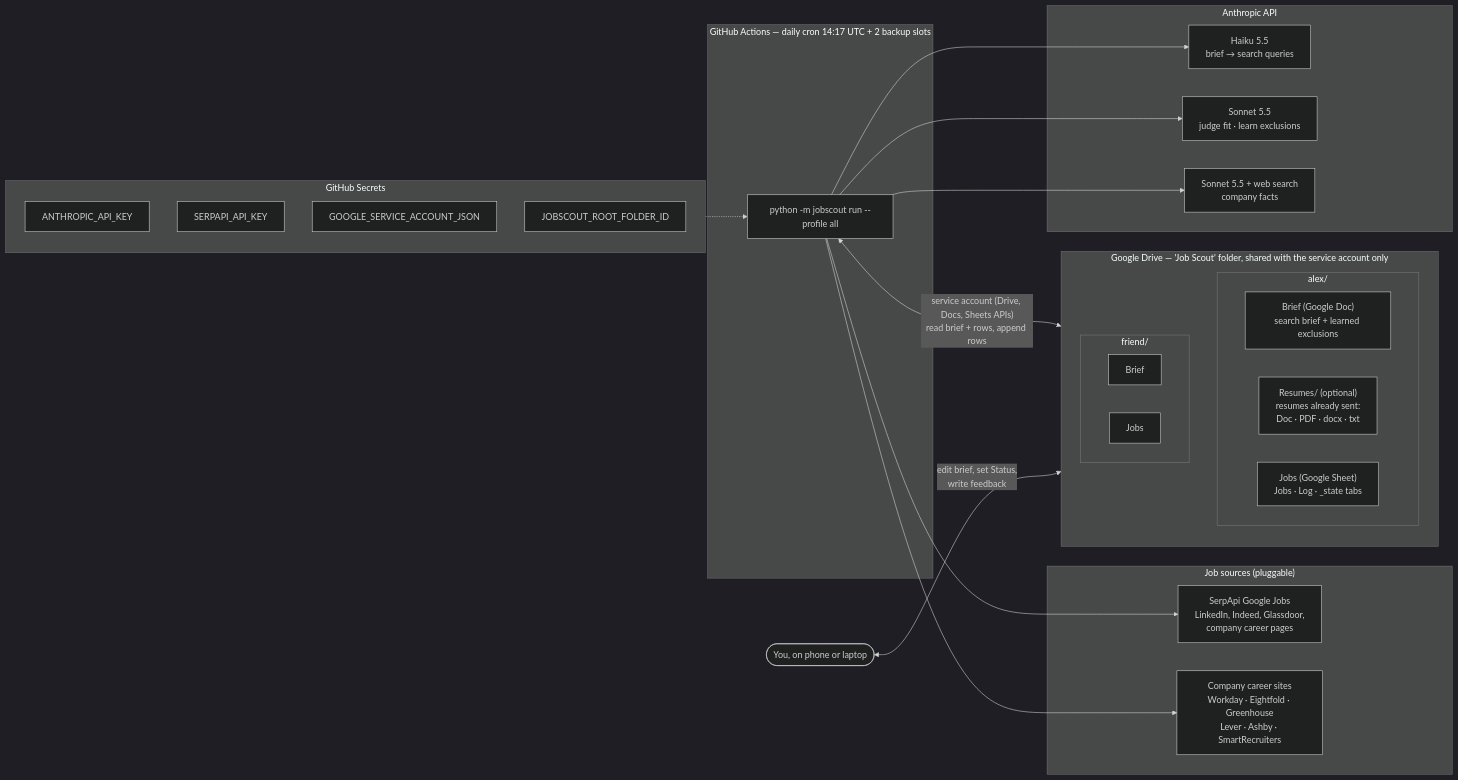
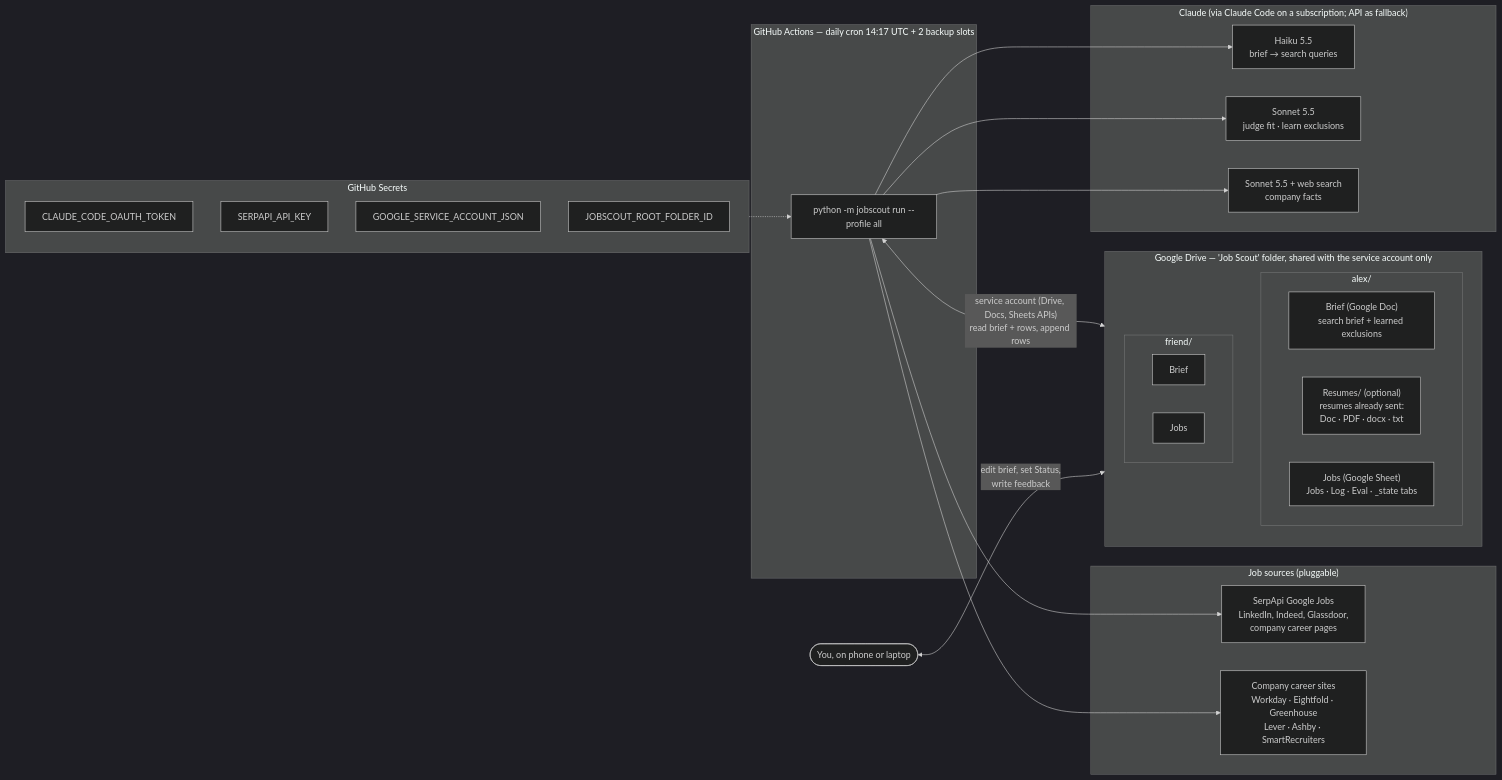
Before and after one commit to juliavasan/job-scout: the first of 6 diagrams in docs/ARCHITECTURE.md, drawn with Mermaid (dark theme). The commit also changed other lines of this file and 14 other files, not shown here.

First line of the commit message:
Clean up dead code, add eval-cases command, bring docs up to date

````diff
--- a/docs/ARCHITECTURE.md
+++ b/docs/ARCHITECTURE.md
@@ -13,47 +13,47 @@
 ```mermaid
 flowchart LR
     subgraph GH["GitHub Actions — daily cron 14:17 UTC + 2 backup slots"]
         CLI["python -m jobscout run --profile all"]
     end
 
     subgraph SECRETS["GitHub Secrets"]
         direction TB
-        S1["ANTHROPIC_API_KEY"]
+        S1["CLAUDE_CODE_OAUTH_TOKEN"]
         S2["SERPAPI_API_KEY"]
         S3["GOOGLE_SERVICE_ACCOUNT_JSON"]
         S4["JOBSCOUT_ROOT_FOLDER_ID"]
     end
 
     subgraph DRIVE["Google Drive — 'Job Scout' folder, shared with the service account only"]
         direction TB
         subgraph P1["alex/"]
             B1["Brief (Google Doc)<br/>search brief + learned exclusions"]
             R1["Resumes/ (optional)<br/>resumes already sent:<br/>Doc · PDF · docx · txt"]
-            J1["Jobs (Google Sheet)<br/>Jobs · Log · _state tabs"]
+            J1["Jobs (Google Sheet)<br/>Jobs · Log · Eval · _state tabs"]
         end
         subgraph P2["friend/"]
             B2["Brief"]
             J2["Jobs"]
         end
     end
 
     subgraph SOURCES["Job sources (pluggable)"]
         SERP["SerpApi Google Jobs<br/>LinkedIn, Indeed, Glassdoor,<br/>company career pages"]
         ATS["Company career sites<br/>Workday · Eightfold · Greenhouse<br/>Lever · Ashby · SmartRecruiters"]
     end
 
-    subgraph CLAUDE["Anthropic API"]
+    subgraph CLAUDE["Claude (via Claude Code on a subscription; API as fallback)"]
         HAIKU["Haiku 5.5<br/>brief → search queries"]
         SONNET["Sonnet 5.5<br/>judge fit · learn exclusions"]
         WEB["Sonnet 5.5 + web search<br/>company facts"]
     end
 
     SECRETS -.-> CLI
     CLI <-->|"service account (Drive, Docs, Sheets APIs)<br/>read brief + rows, append rows"| DRIVE
     CLI --> HAIKU
     CLI --> SERP
     CLI --> ATS
     CLI --> SONNET
     CLI --> WEB
     USER(["You, on phone or laptop"]) <-->|"edit brief, set Status,<br/>write feedback"| DRIVE
 ```
````
